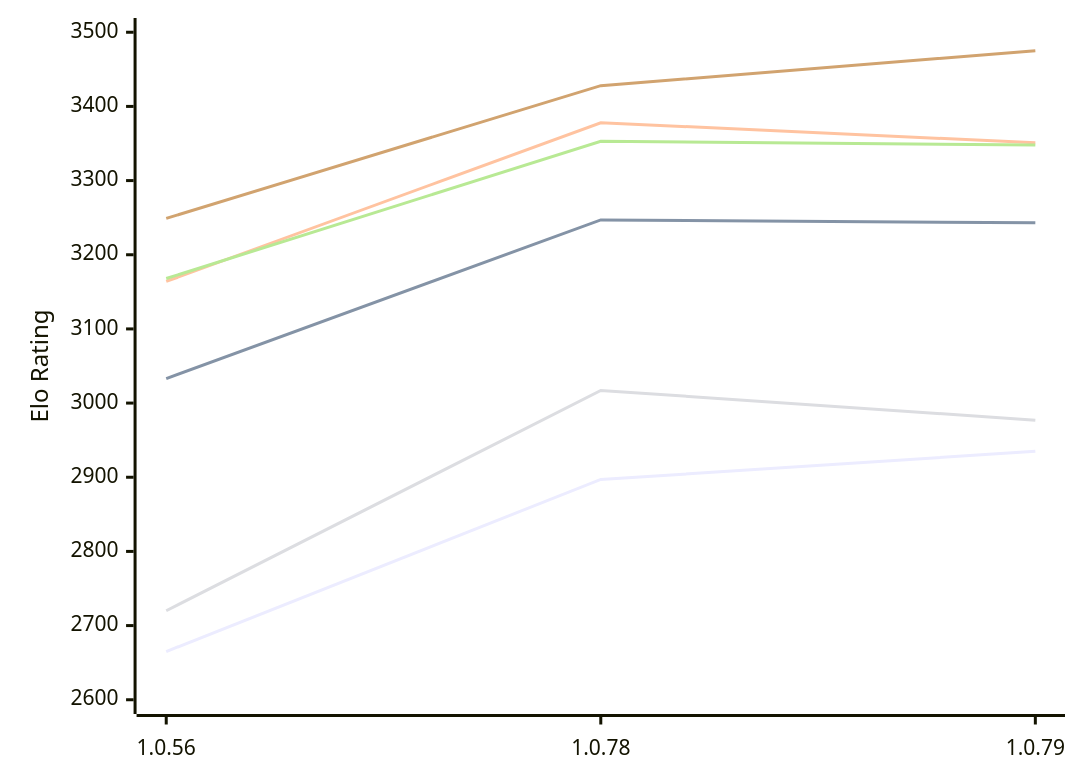
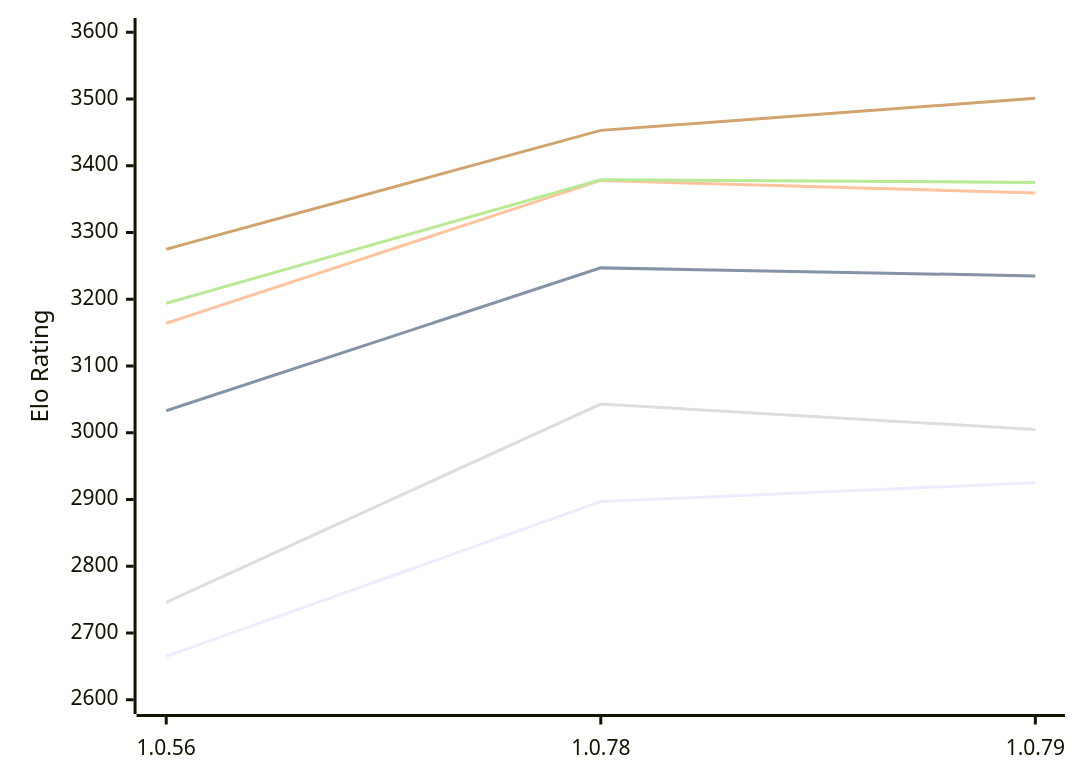
The first of 2 diagrams in engines/RustyRival.md (computer-chess-index/cci), drawn with Mermaid before and after one commit. The commit also changed other lines of this file, not shown here.

Commit message:
Update CCI Ratings (ELO VLTC) - 2026-11-04

````diff
--- a/engines/RustyRival.md
+++ b/engines/RustyRival.md
@@ -65,12 +65,12 @@
 ```mermaid
 %%{init: {"theme":"base","themeVariables":{"seriesColors:['#a3a3a3','#222221','#faa371']}}}%%
 xychart-beta
   x-axis ["1.0.56", "1.0.78", "1.0.79"]
-  y-axis "Elo Rating" 2600 --> 3500
-  line "E1: STC (8.0+0.08s)" [2665, 2897, 2935]
-  line "E1: LTC (60.0+0.60s)" [3033, 3247, 3243]
-  line "E1: VLTC (2m24s+1.12s)" [3164, 3378, 3351]
-  line "P1: STC (8.0+0.08s)" [2720, 3017, 2977]
-  line "P1: LTC (60.0+0.60s)" [3168, 3353, 3348]
-  line "P1: VLTC (2m24s+1.12s)" [3249, 3428, 3475]
+  y-axis "Elo Rating" 2600 --> 3600
+  line "E1: STC (8.0+0.08s)" [2665, 2897, 2925]
+  line "E1: LTC (60.0+0.60s)" [3033, 3247, 3235]
+  line "E1: VLTC (2m24s+1.12s)" [3164, 3378, 3359]
+  line "P1: STC (8.0+0.08s)" [2746, 3043, 3005]
+  line "P1: LTC (60.0+0.60s)" [3194, 3379, 3375]
+  line "P1: VLTC (2m24s+1.12s)" [3275, 3453, 3501]
 ```
````
